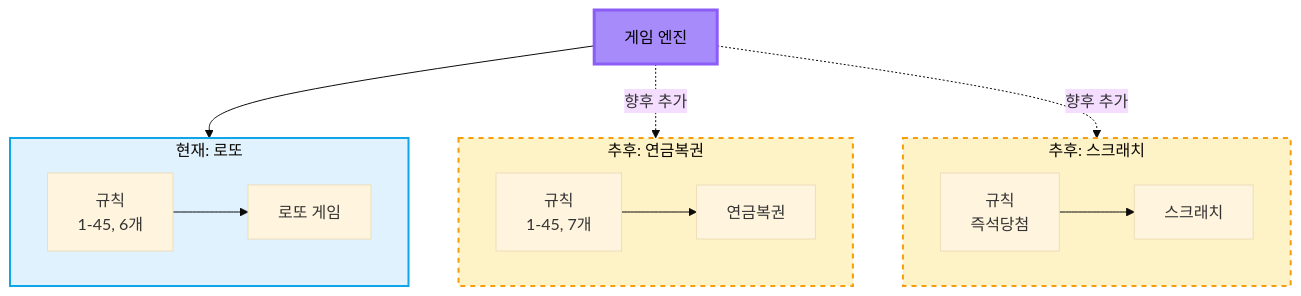
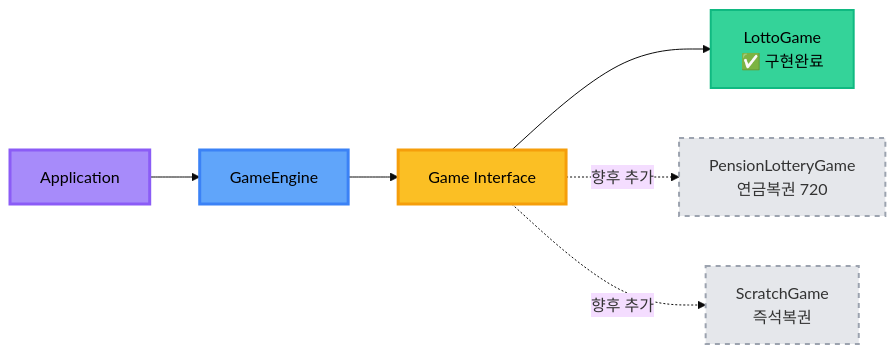
Before and after one commit to luminox93/java-lotto-8: the second of 5 diagrams in README.md, drawn with Mermaid (base theme). The commit also changed other lines of this file, not shown here.

````diff
--- a/README.md
+++ b/README.md
@@ -74,23 +163,16 @@
 ```mermaid
-graph TB
-    subgraph Current[현재: 로또]
-        LottoRule[규칙<br/>1-45, 6개] --> LottoGame[로또 게임]
-    end
+flowchart LR
+    App[Application] --> Engine[GameEngine]
+    Engine --> Game[Game Interface]
 
-    subgraph Future1[추후: 연금복권]
-        PensionRule[규칙<br/>1-45, 7개] --> PensionGame[연금복권]
-    end
+    Game --> Current[LottoGame<br/>✅ 구현완료]
+    Game -.향후 추가.-> Future1[PensionLotteryGame<br/>연금복권 720]
+    Game -.향후 추가.-> Future2[ScratchGame<br/>즉석복권]
 
-    subgraph Future2[추후: 스크래치]
-        ScratchRule[규칙<br/>즉석당첨] --> ScratchGame[스크래치]
-    end
-
-    GameEngine[게임 엔진] --> Current
-    GameEngine -.향후 추가.-> Future1
-    GameEngine -.향후 추가.-> Future2
-
-    style Current fill:#e0f2fe,stroke:#0ea5e9,stroke-width:2px
-    style Future1 fill:#fef3c7,stroke:#f59e0b,stroke-width:2px,stroke-dasharray: 5 5
-    style Future2 fill:#fef3c7,stroke:#f59e0b,stroke-width:2px,stroke-dasharray: 5 5
-    style GameEngine fill:#a78bfa,stroke:#8b5cf6,stroke-width:3px,color:#000
+    style App fill:#a78bfa,stroke:#8b5cf6,stroke-width:3px,color:#000
+    style Engine fill:#60a5fa,stroke:#3b82f6,stroke-width:3px,color:#000
+    style Game fill:#fbbf24,stroke:#f59e0b,stroke-width:3px,color:#000
+    style Current fill:#34d399,stroke:#10b981,stroke-width:2px,color:#000
+    style Future1 fill:#e5e7eb,stroke:#9ca3af,stroke-width:2px,stroke-dasharray: 5 5
+    style Future2 fill:#e5e7eb,stroke:#9ca3af,stroke-width:2px,stroke-dasharray: 5 5
 ```
````
